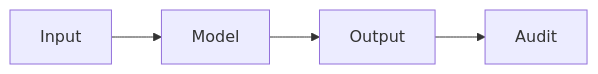
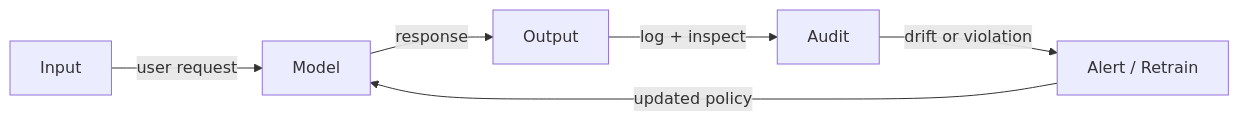
Before and after one commit to EmersonBraun/ai-summary-hub: the diagram in docs/ai-safety/index.md, drawn with Mermaid. The commit also changed other lines of this file and 77 other files, not shown here.

````diff
--- a/docs/ai-safety/index.md
+++ b/docs/ai-safety/index.md
@@ -19,6 +31,8 @@
 ```mermaid
 flowchart LR
-  Input[Input] --> Model[Model]
-  Model --> Output[Output]
-  Output --> Audit[Audit]
+  Input[Input] -->|user request| Model[Model]
+  Model -->|response| Output[Output]
+  Output -->|log + inspect| Audit[Audit]
+  Audit -->|drift or violation| Alert[Alert / Retrain]
+  Alert -->|updated policy| Model
 ```
````
